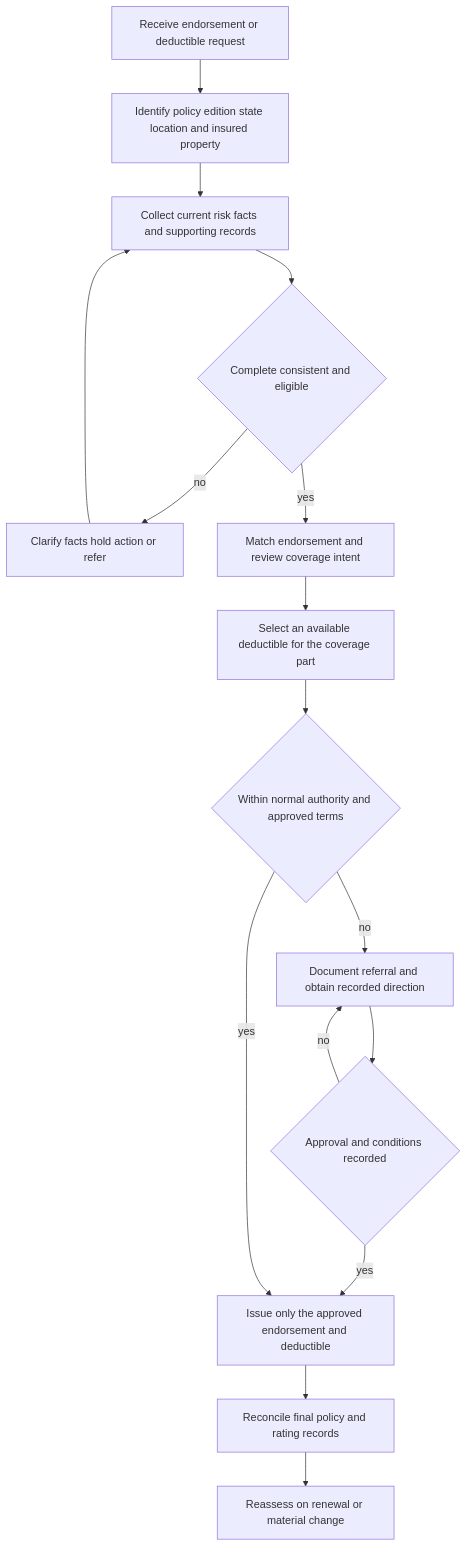
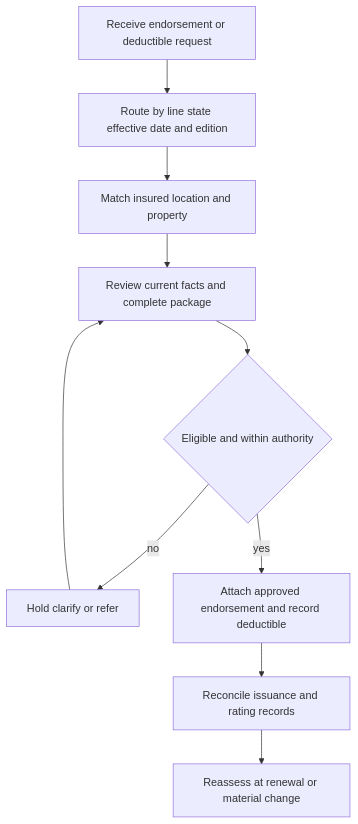
The diagram in openwiki/underwriting/manual/endorsements-and-deductibles.md (langchain-samples/openwiki-insurance-corpus), drawn with Mermaid before and after one commit. The commit also changed other lines of this file and 76 other files, not shown here.

````diff
--- a/openwiki/underwriting/manual/endorsements-and-deductibles.md
+++ b/openwiki/underwriting/manual/endorsements-and-deductibles.md
@@ -45,18 +45,12 @@
 ```mermaid
 flowchart TD
-    A["Receive endorsement or deductible request"] --> B["Identify policy edition state location and insured property"]
-    B --> C["Collect current risk facts and supporting records"]
-    C --> D{"Complete consistent and eligible"}
-    D -->|"no"| E["Clarify facts hold action or refer"]
-    E --> C
-    D -->|"yes"| F["Match endorsement and review coverage intent"]
-    F --> G["Select an available deductible for the coverage part"]
-    G --> H{"Within normal authority and approved terms"}
-    H -->|"no"| I["Document referral and obtain recorded direction"]
-    I --> J{"Approval and conditions recorded"}
-    J -->|"no"| I
-    J -->|"yes"| K["Issue only the approved endorsement and deductible"]
-    H -->|"yes"| K
-    K --> L["Reconcile final policy and rating records"]
-    L --> M["Reassess on renewal or material change"]
+    A["Receive endorsement or deductible request"] --> B["Route by line state effective date and edition"]
+    B --> C["Match insured location and property"]
+    C --> D["Review current facts and complete package"]
+    D --> E{"Eligible and within authority"}
+    E -->|"no"| F["Hold clarify or refer"]
+    F --> D
+    E -->|"yes"| G["Attach approved endorsement and record deductible"]
+    G --> H["Reconcile issuance and rating records"]
+    H --> I["Reassess at renewal or material change"]
 ```
````
